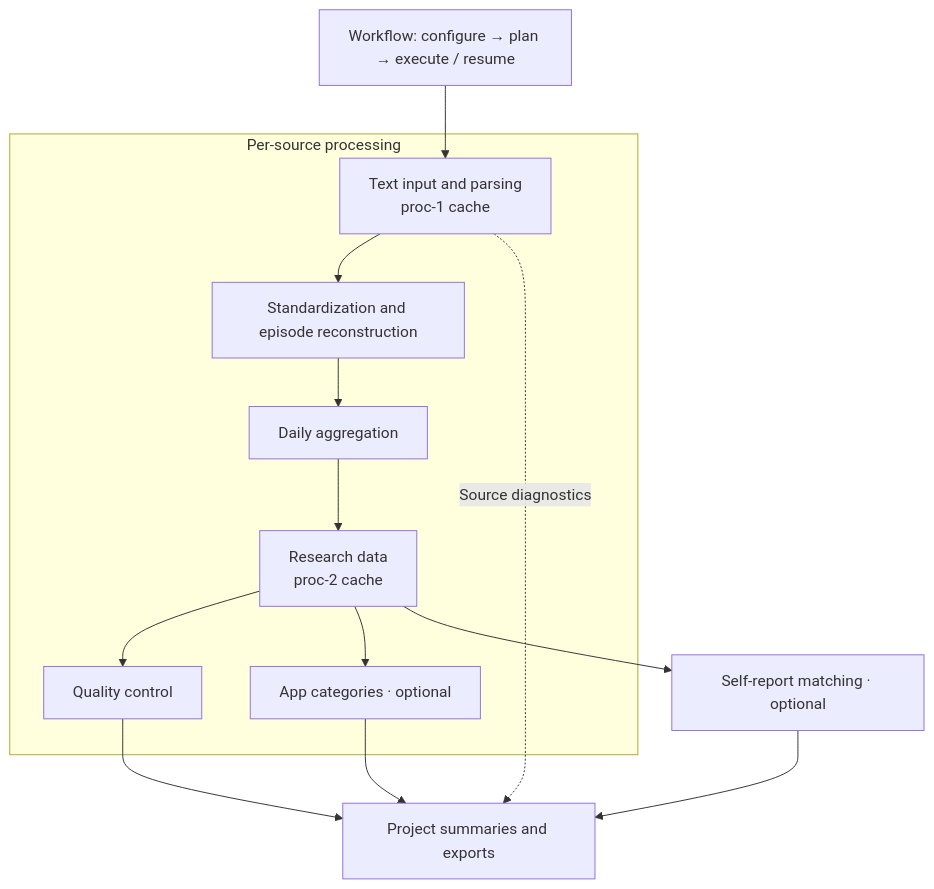
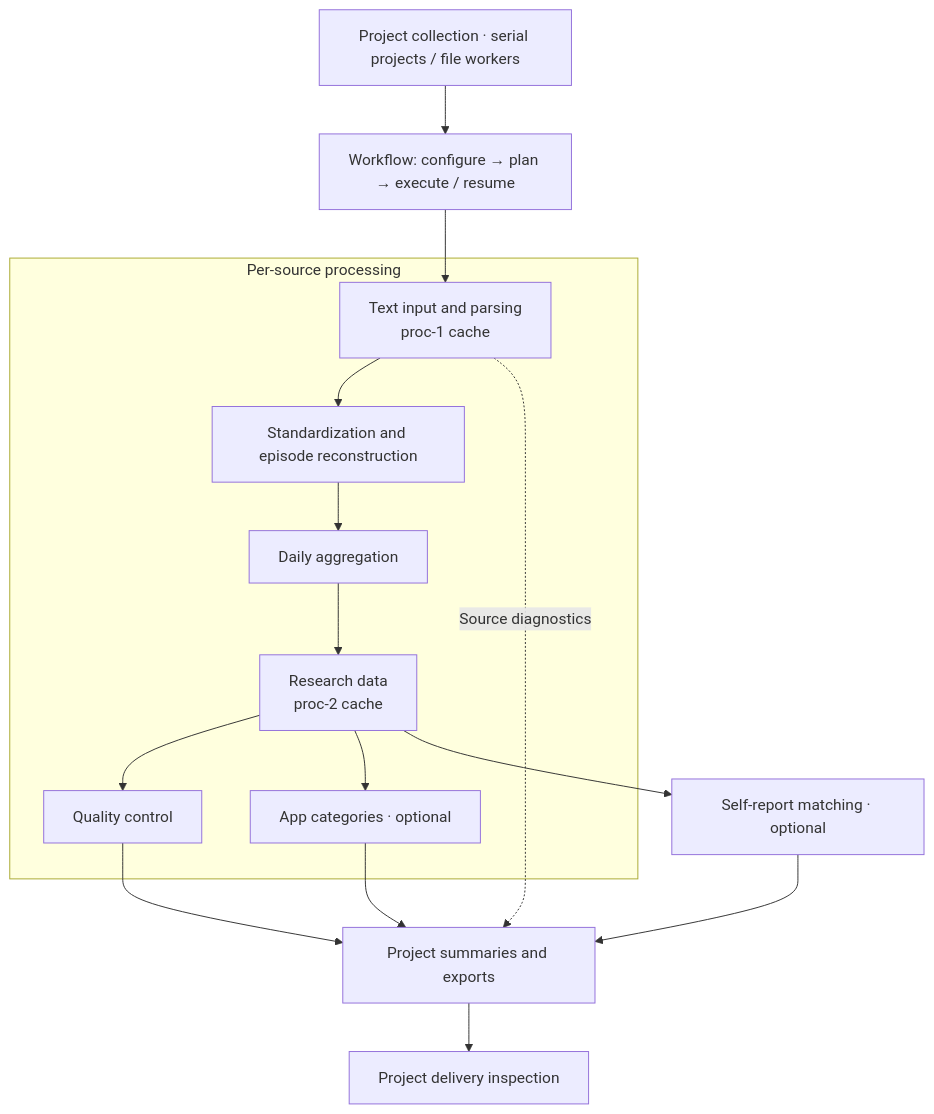
Before and after one commit to fenmeng123/appusageR: the diagram in README.md, drawn with Mermaid. The commit also changed other lines of this file and 16 other files, not shown here.

````diff
--- a/README.md
+++ b/README.md
@@ -13,21 +13,24 @@
 ```mermaid
 flowchart TB
+    B["Project collection · serial projects / file workers"]
     W["Workflow: configure → plan → execute / resume"]
+    B --> W
     W --> P
     subgraph Sources["Per-source processing"]
         P["Text input and parsing<br/>proc-1 cache"]
         S["Standardization and episode reconstruction"]
         D["Daily aggregation"]
         C["Research data<br/>proc-2 cache"]
         Q["Quality control"]
         A["App categories · optional"]
         P --> S --> D --> C
         C --> Q
         C --> A
     end
     C --> M["Self-report matching · optional"]
     Q --> O["Project summaries and exports"]
     A --> O
     M --> O
     P -. "Source diagnostics" .-> O
+    O --> V["Project delivery inspection"]
 ```
````
